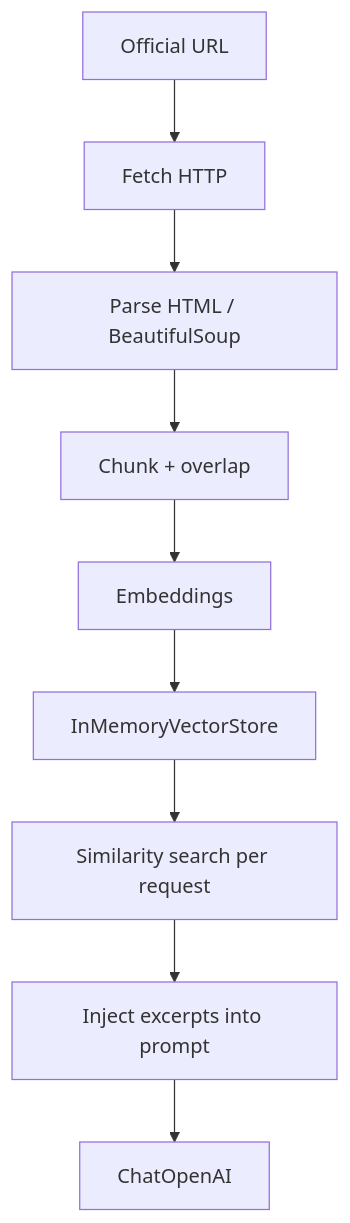
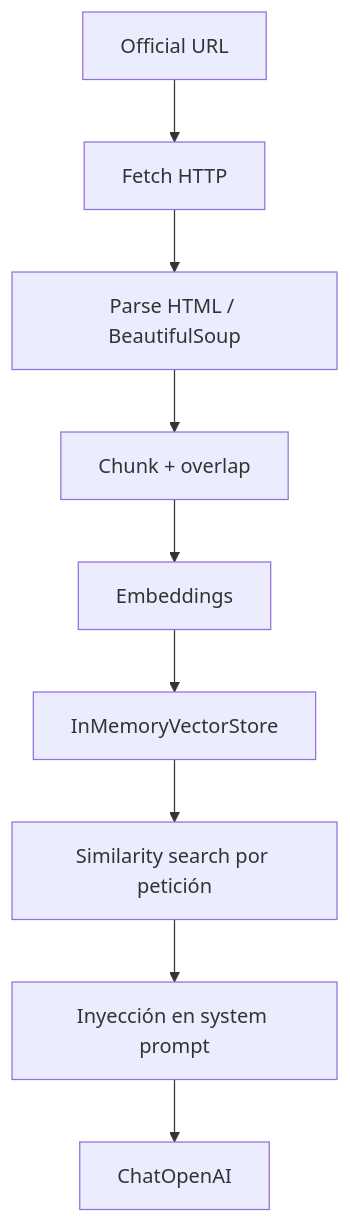
The second of 2 diagrams in README.md (2310-dot/vet-es), drawn with Mermaid before and after one commit. The commit also changed other lines of this file, not shown here.

````diff
--- a/README.md
+++ b/README.md
@@ -100,11 +244,11 @@
 ```mermaid
 flowchart TD
   A[Official URL] --> B[Fetch HTTP]
   B --> C[Parse HTML / BeautifulSoup]
   C --> D[Chunk + overlap]
   D --> E[Embeddings]
   E --> F[InMemoryVectorStore]
-  F --> G[Similarity search per request]
-  G --> H[Inject excerpts into prompt]
+  F --> G[Similarity search por petición]
+  G --> H[Inyección en system prompt]
   H --> I[ChatOpenAI]
 ```
````
